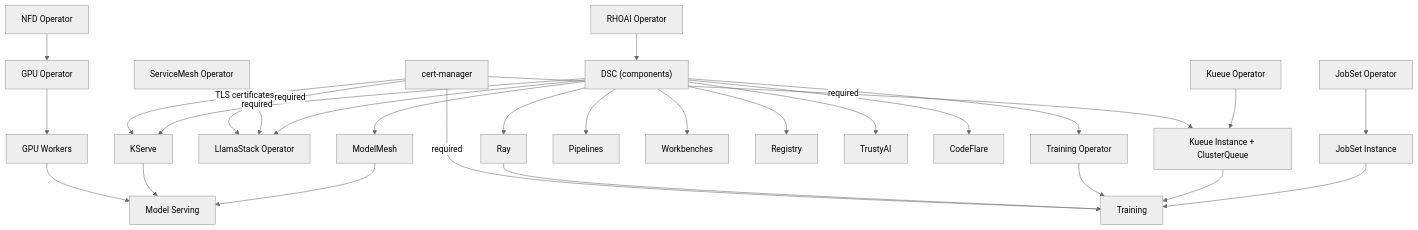
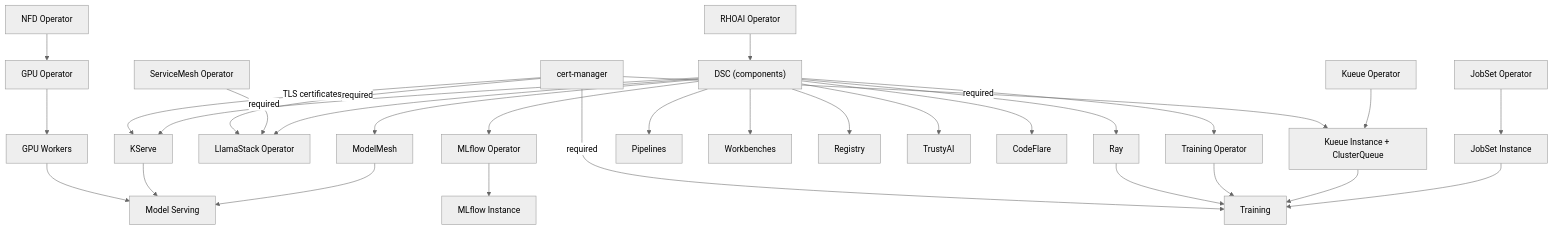
The diagram in docs/capabilities/index.md (rrbanda/rhoai-deploy-gitops), drawn with Mermaid (neutral theme) before and after one commit. The commit also changed other lines of this file and 7 other files, not shown here.

````diff
--- a/docs/capabilities/index.md
+++ b/docs/capabilities/index.md
@@ -20,30 +21,32 @@
 ```mermaid
 graph TD
   CertMgr["cert-manager"] -->|"TLS certificates"| KServe["KServe"]
   CertMgr -->|"required"| KueueInst["Kueue Instance + ClusterQueue"]
   CertMgr -->|"required"| Training["Training"]
   CertMgr -->|"required"| LlamaStackOp["LlamaStack Operator"]
   ServiceMesh["ServiceMesh Operator"] -->|"required"| LlamaStackOp
   NFD["NFD Operator"] --> GPU["GPU Operator"]
   KueueOp["Kueue Operator"] --> KueueInst
   JobSetOp["JobSet Operator"] --> JobSetInst["JobSet Instance"]
   RHOAI["RHOAI Operator"] --> DSC["DSC (components)"]
   GPU --> GPUWorkers["GPU Workers"]
   DSC --> KServe
   DSC --> ModelMesh["ModelMesh"]
   DSC --> Pipelines["Pipelines"]
   DSC --> Workbenches["Workbenches"]
   DSC --> Registry["Registry"]
   DSC --> TrustyAI["TrustyAI"]
   DSC --> CodeFlare["CodeFlare"]
+  DSC --> MLflow["MLflow Operator"]
+  MLflow --> MLflowInst["MLflow Instance"]
   DSC --> LlamaStackOp
   GPUWorkers --> ModelServing["Model Serving"]
   KServe --> ModelServing
   ModelMesh --> ModelServing
   DSC --> Ray["Ray"]
   DSC --> TrainOp["Training Operator"]
   Ray --> Training
   TrainOp --> Training
   KueueInst --> Training
   JobSetInst --> Training
 ```
````
